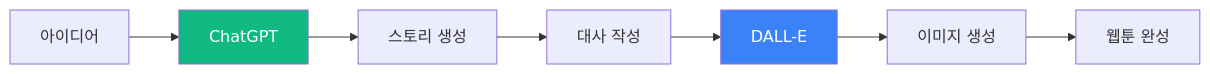
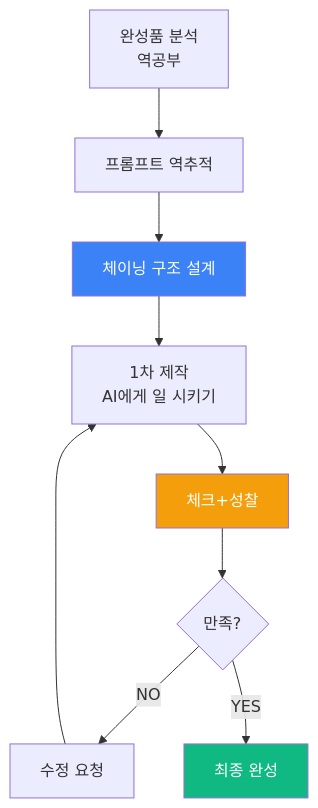
Before and after one commit to Collegenie-X/AIMakerLab_Web: the fourth of 9 diagrams in documents/CURRICULUM/맛보기_ChatGPT_크리에이터.md, drawn with Mermaid. The commit also changed other lines of this file and 3 other files, not shown here.

````diff
--- a/documents/CURRICULUM/맛보기_ChatGPT_크리에이터.md
+++ b/documents/CURRICULUM/맛보기_ChatGPT_크리에이터.md
@@ -168,12 +223,15 @@
 ```mermaid
-graph LR
-    A[아이디어] --> B[ChatGPT]
-    B --> C[스토리 생성]
-    C --> D[대사 작성]
-    D --> E[DALL-E]
-    E --> F[이미지 생성]
-    F --> G[웹툰 완성]
+graph TB
+    A[완성품 분석<br/>역공부] --> B[프롬프트 역추적]
+    B --> C[체이닝 구조 설계]
+    C --> D[1차 제작<br/>AI에게 일 시키기]
+    D --> E[체크+성찰]
+    E --> F{만족?}
+    F -->|NO| G[수정 요청]
+    G --> D
+    F -->|YES| H[최종 완성]
     
-    style B fill:#10b981,color:#fff
-    style E fill:#3b82f6,color:#fff
+    style C fill:#3b82f6,color:#fff
+    style E fill:#f59e0b,color:#fff
+    style H fill:#10b981,color:#fff
 ```
````
